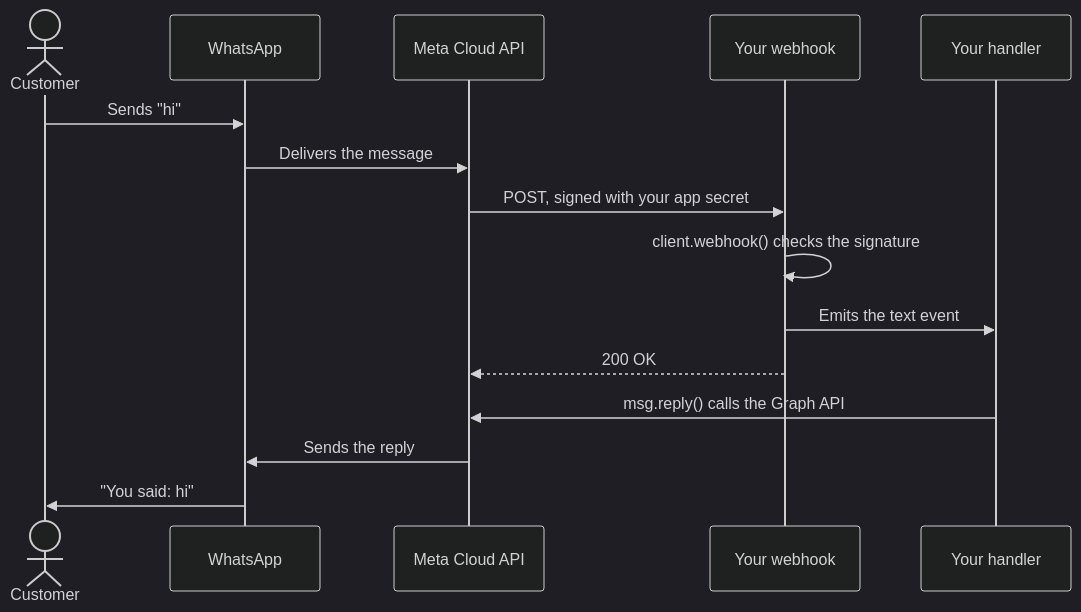
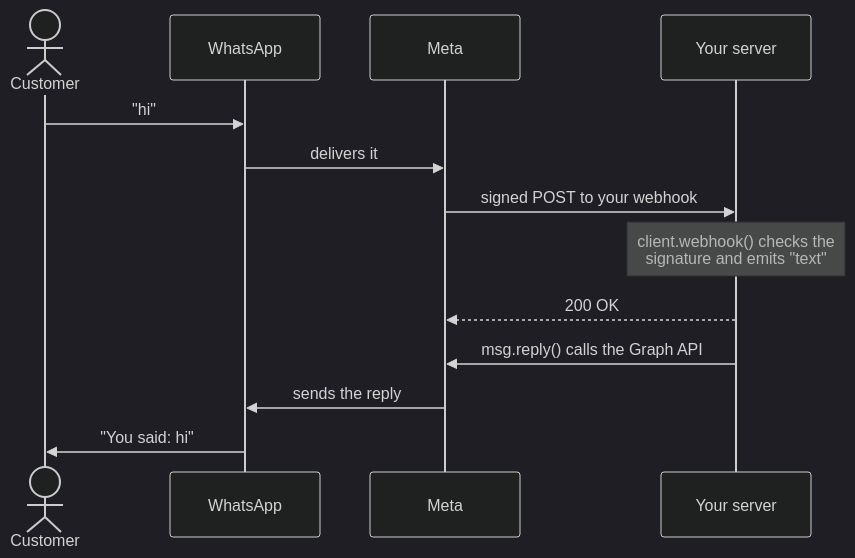
Before and after one commit to zeative/zaileys: the diagram in docs/cloud/overview.mdx, drawn with Mermaid (dark theme).

Commit message:
docs: simplify the Cloud API message flow diagram

````diff
--- a/docs/cloud/overview.mdx
+++ b/docs/cloud/overview.mdx
@@ -25,17 +25,15 @@
 ```mermaid
 sequenceDiagram
   actor User as Customer
   participant WA as WhatsApp
-  participant Meta as Meta Cloud API
-  participant Hook as Your webhook
-  participant Bot as Your handler
-  User->>WA: Sends "hi"
-  WA->>Meta: Delivers the message
-  Meta->>Hook: POST, signed with your app secret
-  Hook->>Hook: client.webhook() checks the signature
-  Hook->>Bot: Emits the text event
-  Hook-->>Meta: 200 OK
-  Bot->>Meta: msg.reply() calls the Graph API
-  Meta->>WA: Sends the reply
+  participant Meta as Meta
+  participant App as Your server
+  User->>WA: "hi"
+  WA->>Meta: delivers it
+  Meta->>App: signed POST to your webhook
+  Note over App: client.webhook() checks the<br/>signature and emits "text"
+  App-->>Meta: 200 OK
+  App->>Meta: msg.reply() calls the Graph API
+  Meta->>WA: sends the reply
   WA->>User: "You said: hi"
 ```
````
